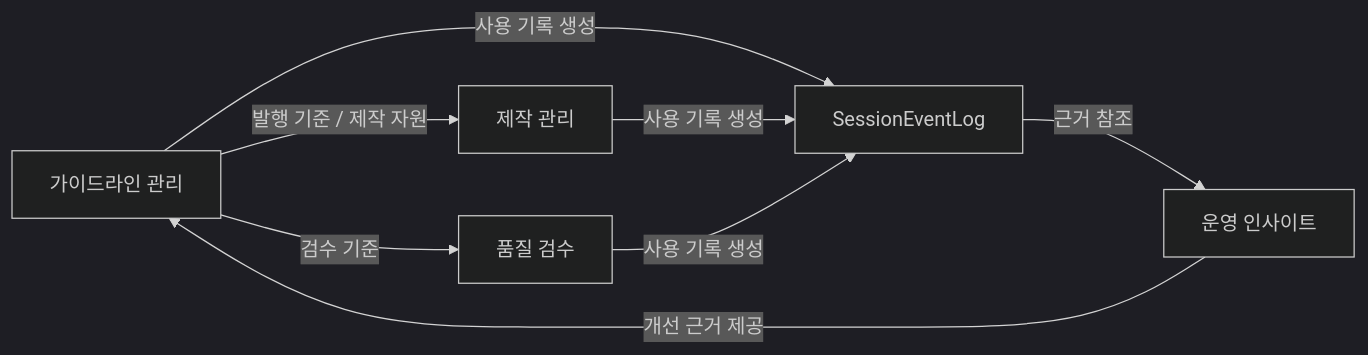
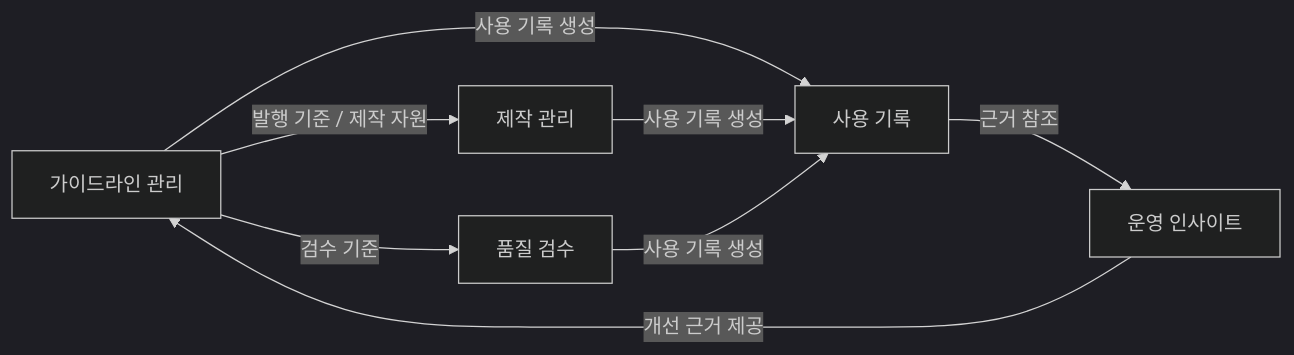
One commit to ewoooo/living-brand-system changed the first of 6 diagrams in docs/04-domain-model.md. Above: the diagram before and after it, drawn with Mermaid (dark theme). The commit also changed other lines of this file and 2 other files, not shown here.

````diff
--- a/docs/04-domain-model.md
+++ b/docs/04-domain-model.md
@@ -38,16 +38,16 @@
 ```mermaid
 flowchart LR
   Guideline["가이드라인 관리"]
   Production["제작 관리"]
   Quality["품질 검수"]
-  SessionEventLog["SessionEventLog"]
+  UsageRecord["사용 기록"]
   Insight["운영 인사이트"]
 
   Guideline -->|"발행 기준 / 제작 자원"| Production
   Guideline -->|"검수 기준"| Quality
-  Guideline -->|"사용 기록 생성"| SessionEventLog
-  Production -->|"사용 기록 생성"| SessionEventLog
-  Quality -->|"사용 기록 생성"| SessionEventLog
-  SessionEventLog -->|"근거 참조"| Insight
+  Guideline -->|"사용 기록 생성"| UsageRecord
+  Production -->|"사용 기록 생성"| UsageRecord
+  Quality -->|"사용 기록 생성"| UsageRecord
+  UsageRecord -->|"근거 참조"| Insight
   Insight -->|"개선 근거 제공"| Guideline
 ```
````
